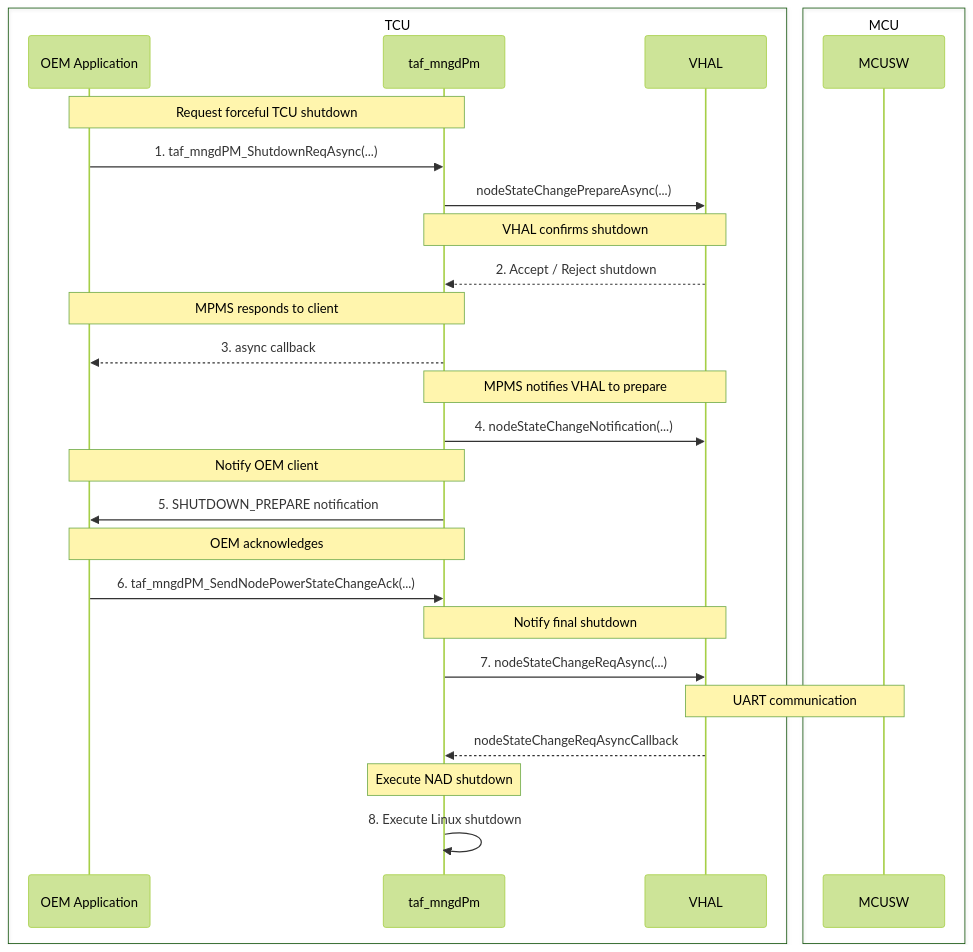
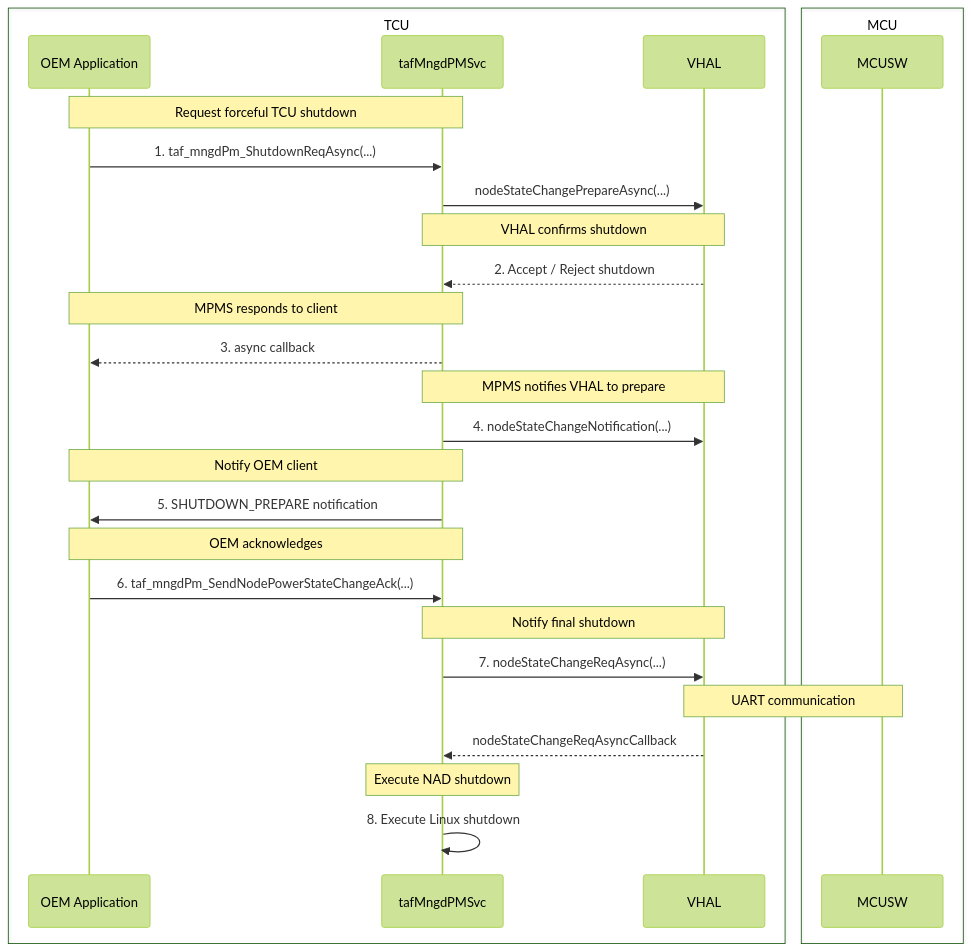
One commit to CodeLinaro-mirror/le_platform_TelAF changed the first of 5 diagrams in doc/rst/mpms.rst. Above: the diagram before and after it, drawn with Mermaid (forest theme). The commit also changed other lines of this file and 1 other file, not shown here.

First line of the commit message:
doc: Update MPMS and mngdConn documentation

```diff
--- a/doc/rst/mpms.rst
+++ b/doc/rst/mpms.rst
@@ -10,42 +10,42 @@
   .. mermaid::
 
     sequenceDiagram
         box TCU
             participant App as OEM Application
-            participant Svc as taf_mngdPm
+            participant Svc as tafMngdPMSvc
             participant VHAL as VHAL
         end
 
         box MCU
             participant MCUSW as MCUSW
         end
 
         Note over App,Svc: Request forceful TCU shutdown
-        App->>Svc: 1. taf_mngdPM_ShutdownReqAsync(...)
+        App->>Svc: 1. taf_mngdPm_ShutdownReqAsync(...)
         Svc->>VHAL: nodeStateChangePrepareAsync(...)
 
         Note over Svc,VHAL: VHAL confirms shutdown
         VHAL-->>Svc: 2. Accept / Reject shutdown
 
         Note over App,Svc: MPMS responds to client
         Svc-->>App: 3. async callback
 
         Note over Svc,VHAL: MPMS notifies VHAL to prepare
         Svc->>VHAL: 4. nodeStateChangeNotification(...)
 
 
         Note over App,Svc: Notify OEM client
         Svc->>App: 5. SHUTDOWN_PREPARE notification
 
         Note over App,Svc: OEM acknowledges
-        App->>Svc: 6. taf_mngdPM_SendNodePowerStateChangeAck(...)
+        App->>Svc: 6. taf_mngdPm_SendNodePowerStateChangeAck(...)
 
         Note over Svc,VHAL: Notify final shutdown
         Svc->>VHAL: 7. nodeStateChangeReqAsync(...)
 
         Note over VHAL,MCUSW: UART communication
 
         VHAL-->>Svc: nodeStateChangeReqAsyncCallback
 
         Note over Svc: Execute NAD shutdown
         Svc->>Svc: 8. Execute Linux shutdown
```
